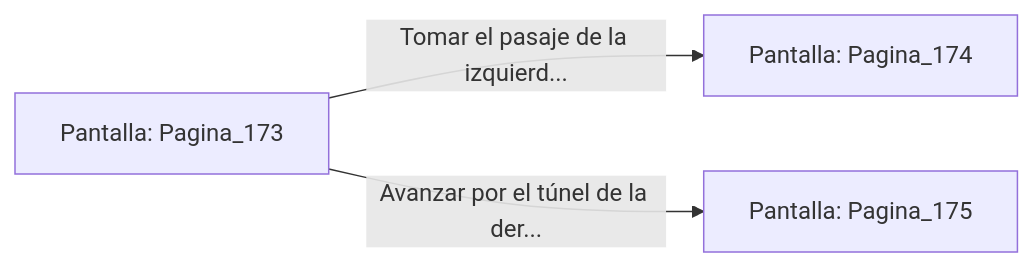
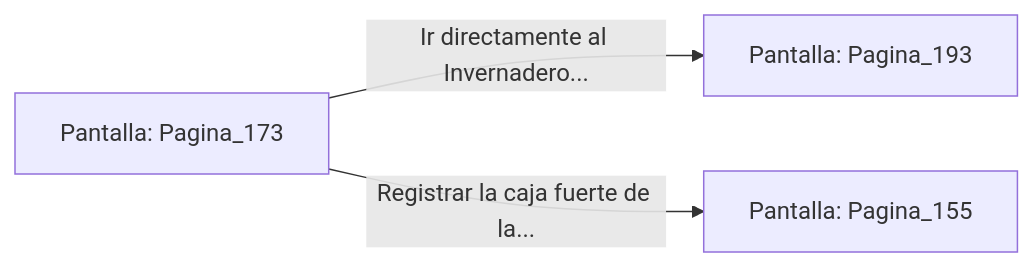
Before and after one commit to metsuke/mpl: the diagram in sample/eligejuego-vault/Pantalla_Pagina_173.md, drawn with Mermaid. The commit also changed other lines of this file and 635 other files, not shown here.

First line of the commit message:
fix: añadir Pagina_1 como pantalla inicial en capitulo_01.mpl

````diff
--- a/sample/eligejuego-vault/Pantalla_Pagina_173.md
+++ b/sample/eligejuego-vault/Pantalla_Pagina_173.md
@@ -20,6 +24,6 @@
 ```mermaid
 graph LR
     P_Pagina_173["Pantalla: Pagina_173"]
-    P_Pagina_173 -->|"Tomar el pasaje de la izquierd..."| P_Pagina_174["Pantalla: Pagina_174"]
-    P_Pagina_173 -->|"Avanzar por el túnel de la der..."| P_Pagina_175["Pantalla: Pagina_175"]
+    P_Pagina_173 -->|"Ir directamente al Invernadero..."| P_Pagina_193["Pantalla: Pagina_193"]
+    P_Pagina_173 -->|"Registrar la caja fuerte de la..."| P_Pagina_155["Pantalla: Pagina_155"]
 ```
````
